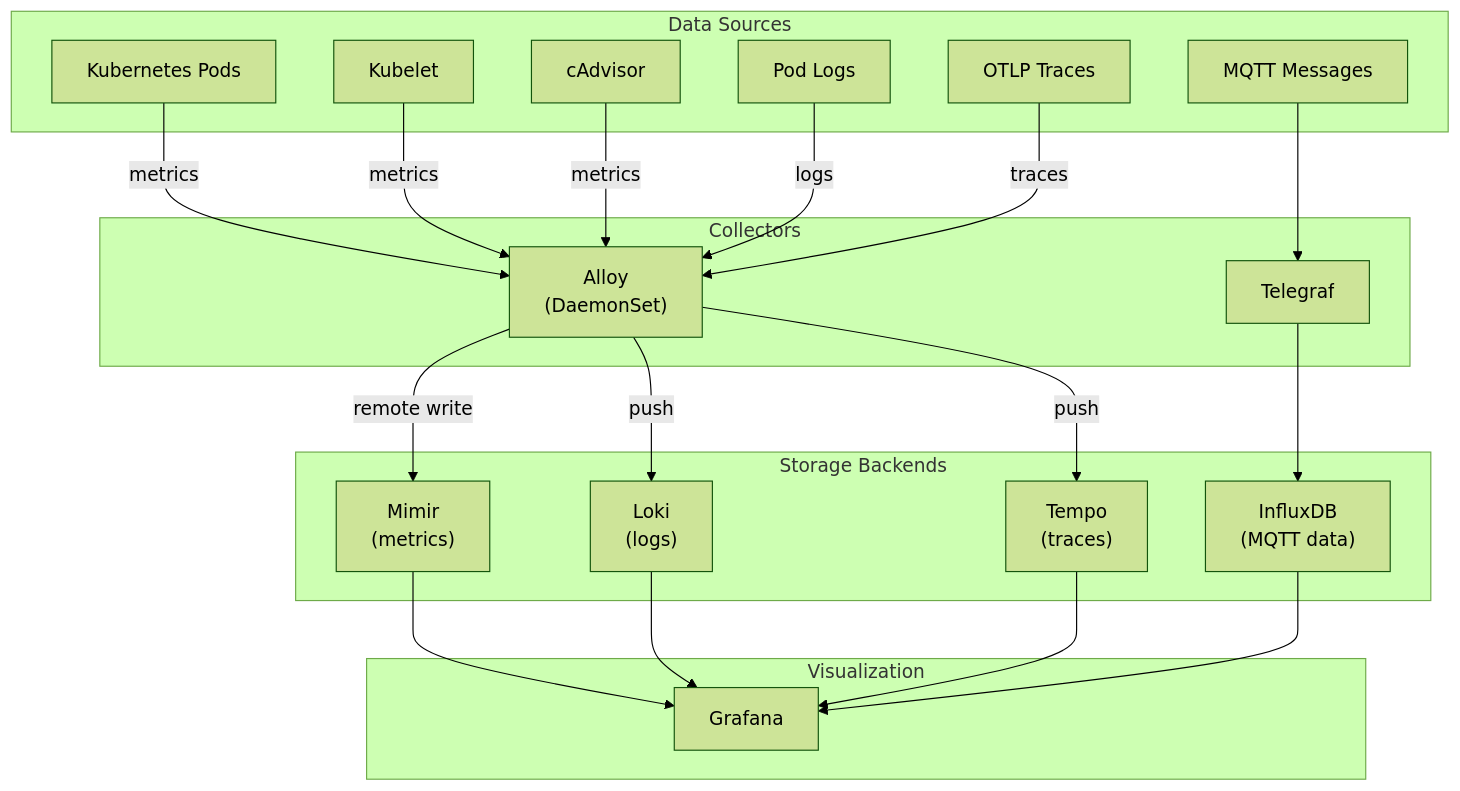
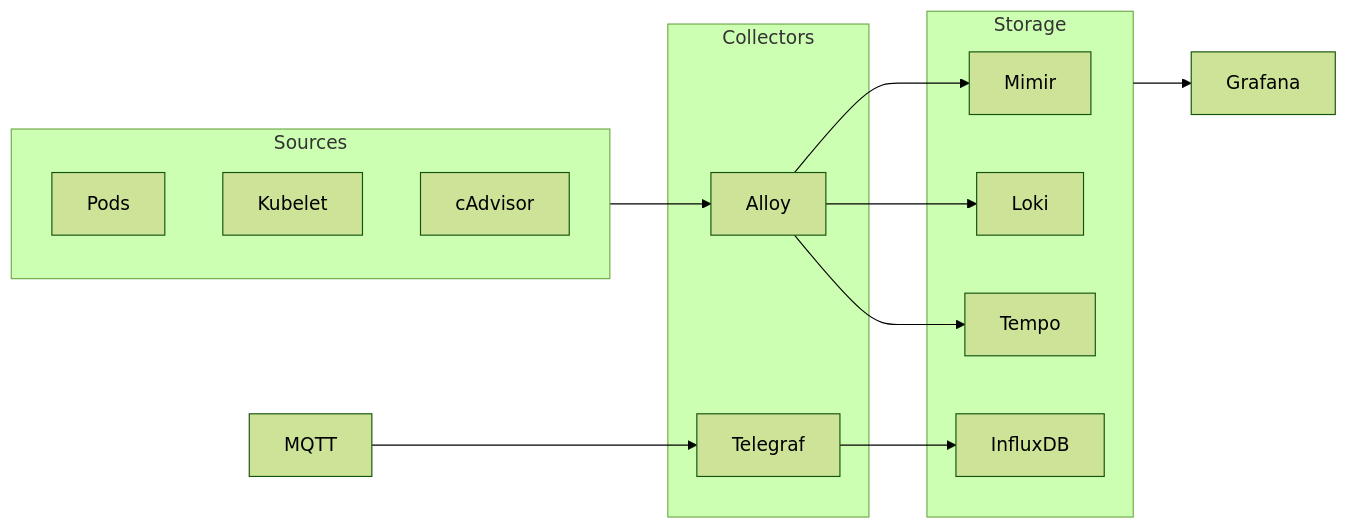
The sixth of 8 diagrams in README.md (tomasz-wostal-eu/cd-homelab), drawn with Mermaid (forest theme) before and after one commit. The commit also changed other lines of this file, not shown here.

````diff
--- a/README.md
+++ b/README.md
@@ -343,45 +253,16 @@
 ```mermaid
-flowchart TB
-    subgraph Sources["Data Sources"]
-        Pods["Kubernetes Pods"]
-        Kubelet["Kubelet"]
-        cAdvisor["cAdvisor"]
-        PodLogs["Pod Logs"]
-        OTLP["OTLP Traces"]
-        MQTT["MQTT Messages"]
+flowchart LR
+    subgraph Sources
+        Pods & Kubelet & cAdvisor
     end
-
-    subgraph Collectors["Collectors"]
-        Alloy["Alloy<br/>(DaemonSet)"]
-        Telegraf["Telegraf"]
+    subgraph Collectors
+        Alloy & Telegraf
     end
-
-    subgraph Storage["Storage Backends"]
-        Mimir["Mimir<br/>(metrics)"]
-        Loki["Loki<br/>(logs)"]
-        Tempo["Tempo<br/>(traces)"]
-        InfluxDB["InfluxDB<br/>(MQTT data)"]
+    subgraph Storage
+        Mimir & Loki & Tempo & InfluxDB
     end
-
-    subgraph Visualization["Visualization"]
-        Grafana["Grafana"]
-    end
-
-    Pods -->|metrics| Alloy
-    Kubelet -->|metrics| Alloy
-    cAdvisor -->|metrics| Alloy
-    PodLogs -->|logs| Alloy
-    OTLP -->|traces| Alloy
-
-    Alloy -->|remote write| Mimir
-    Alloy -->|push| Loki
-    Alloy -->|push| Tempo
-
-    MQTT --> Telegraf
-    Telegraf --> InfluxDB
-
-    Mimir --> Grafana
-    Loki --> Grafana
-    Tempo --> Grafana
-    InfluxDB --> Grafana
+    Sources --> Alloy
+    MQTT --> Telegraf --> InfluxDB
+    Alloy --> Mimir & Loki & Tempo
+    Storage --> Grafana
 ```
````
